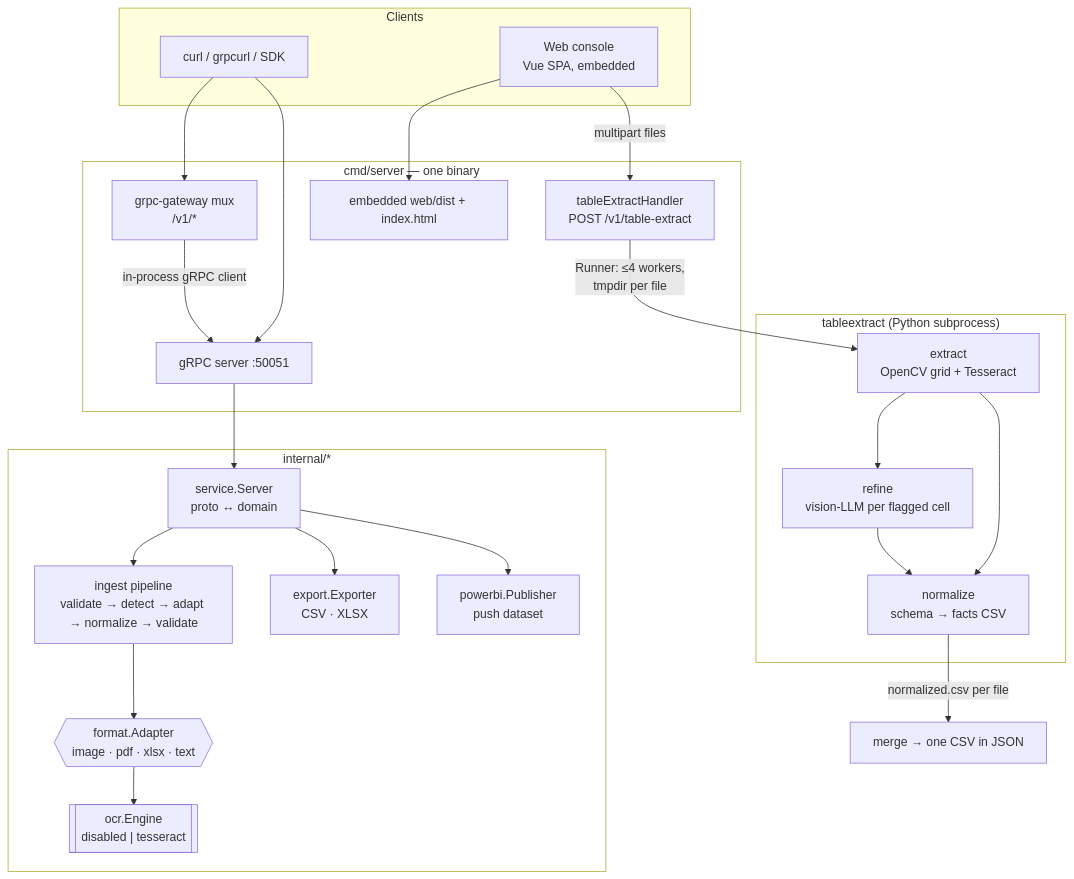
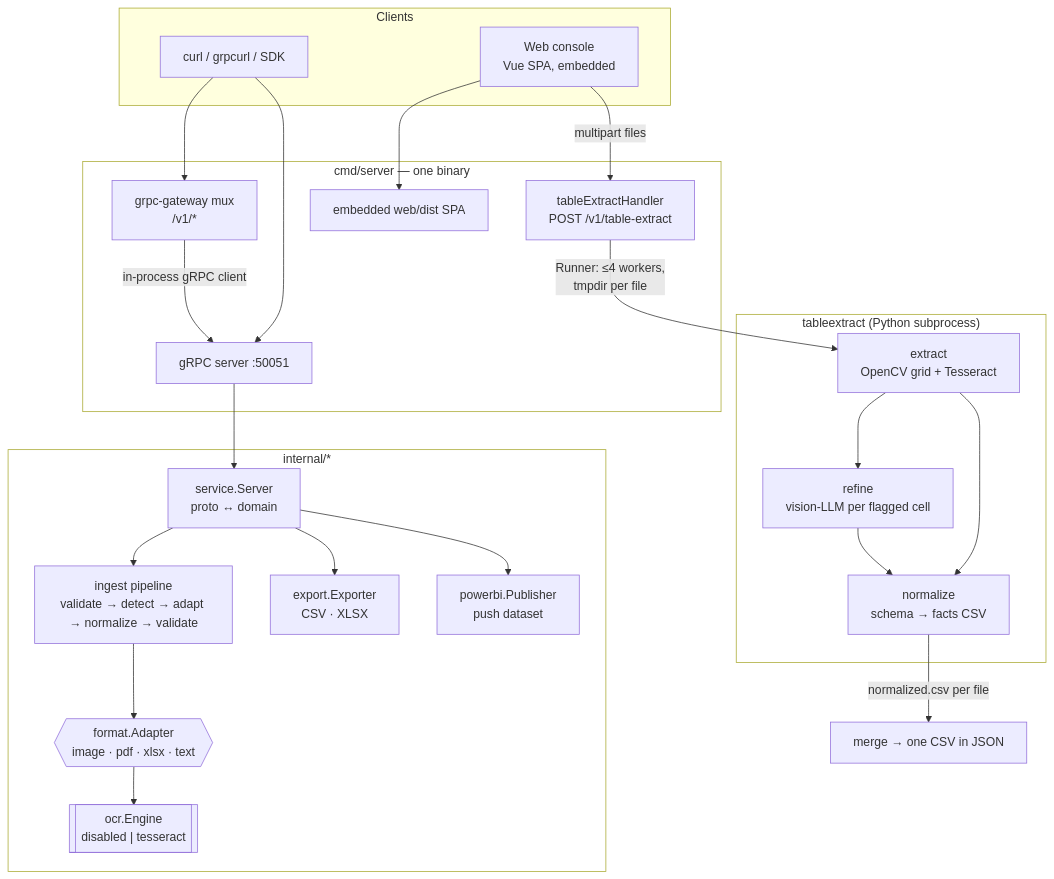
The diagram in docs/how-it-works.md (TheBraveByte/bloom-parser), drawn with Mermaid before and after one commit. The commit also changed other lines of this file and 8 other files, not shown here.

````diff
--- a/docs/how-it-works.md
+++ b/docs/how-it-works.md
@@ -20,52 +20,52 @@
 ```mermaid
 flowchart TD
     subgraph Clients
         UI[Web console<br/>Vue SPA, embedded]
         CURL[curl / grpcurl / SDK]
     end
 
     subgraph Server["cmd/server — one binary"]
         GRPC[gRPC server :50051]
         GW[grpc-gateway mux<br/>/v1/*]
         TXH["tableExtractHandler<br/>POST /v1/table-extract"]
-        SPA["embedded web/dist + index.html"]
+        SPA["embedded web/dist SPA"]
 
         GW -->|in-process gRPC client| GRPC
     end
 
     subgraph Core["internal/*"]
         SVC["service.Server<br/>proto ↔ domain"]
         ING["ingest pipeline<br/>validate → detect → adapt → normalize → validate"]
         ADP{{"format.Adapter<br/>image · pdf · xlsx · text"}}
         OCR[["ocr.Engine<br/>disabled | tesseract"]]
         EXP["export.Exporter<br/>CSV · XLSX"]
         PBI["powerbi.Publisher<br/>push dataset"]
     end
 
     subgraph Py["tableextract (Python subprocess)"]
         EX["extract<br/>OpenCV grid + Tesseract"]
         RF["refine<br/>vision-LLM per flagged cell"]
         NM["normalize<br/>schema → facts CSV"]
         EX --> RF --> NM
         EX --> NM
     end
 
     UI --> SPA
     UI -->|multipart files| TXH
     CURL --> GW
     CURL --> GRPC
 
     GRPC --> SVC
     SVC --> ING
     SVC --> EXP
     SVC --> PBI
     ING --> ADP
     ADP --> OCR
 
     TXH -->|"Runner: ≤4 workers,<br/>tmpdir per file"| EX
     NM -->|normalized.csv per file| MERGE[merge → one CSV in JSON]
 
     style Server fill:none
     style Core fill:none
     style Py fill:none
 ```
````
